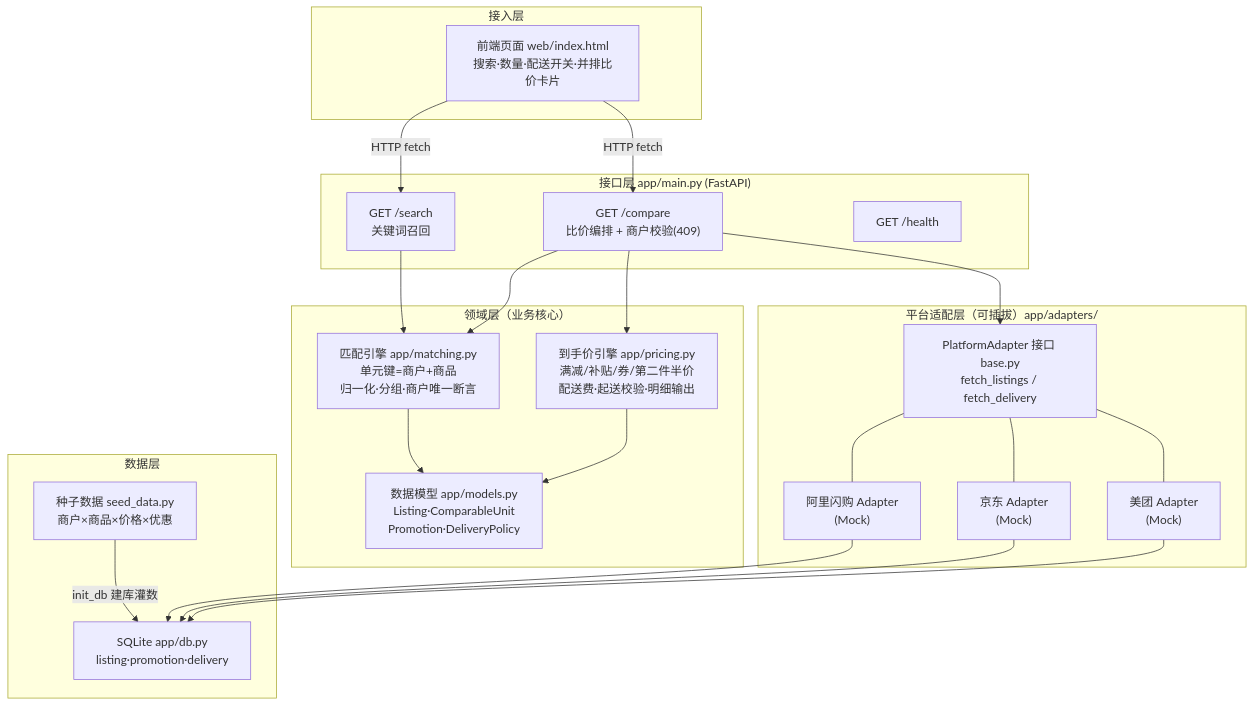
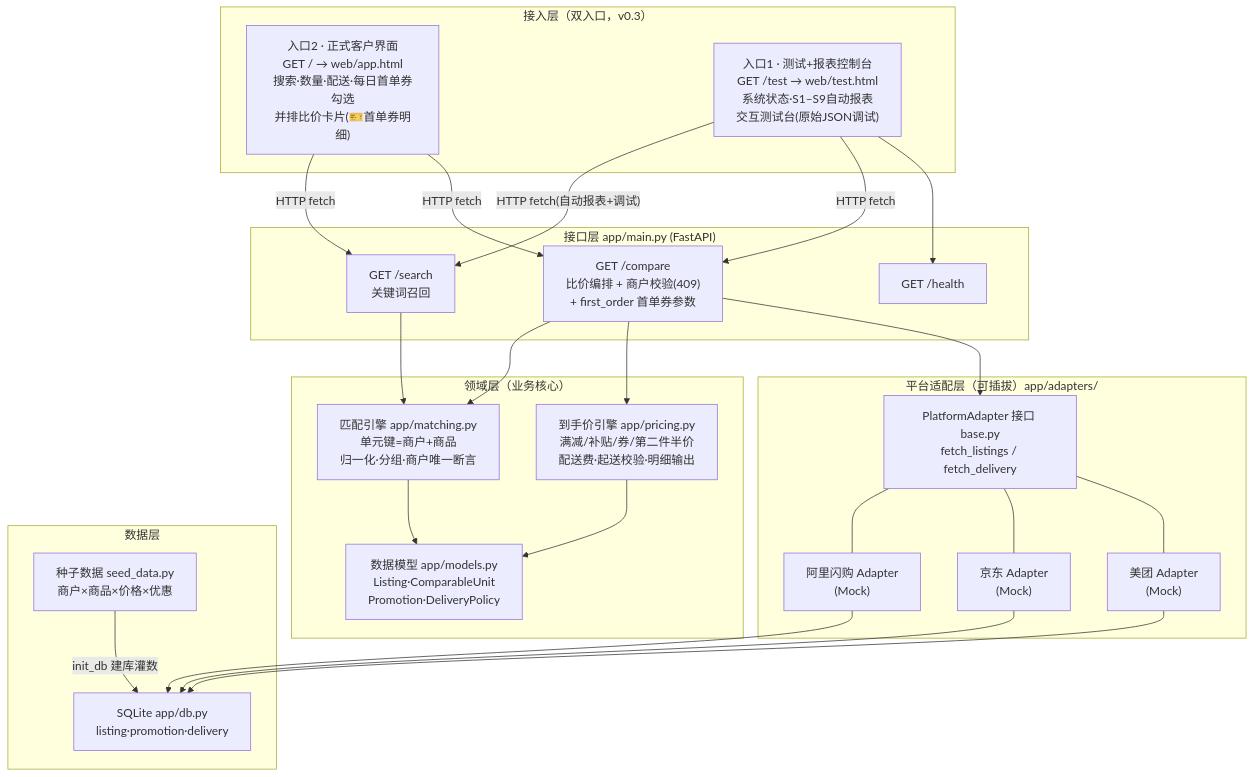
Before and after one commit to allenblade21/testrepo: the diagram in beverage-price-comparison/docs/设计文档.md, drawn with Mermaid. The commit also changed other lines of this file and 9 other files, not shown here.

````diff
--- a/beverage-price-comparison/docs/设计文档.md
+++ b/beverage-price-comparison/docs/设计文档.md
@@ -65,42 +86,46 @@
 ```mermaid
 flowchart TB
-    subgraph 接入层
-        UI["前端页面 web/index.html<br/>搜索·数量·配送开关·并排比价卡片"]
+    subgraph 接入层["接入层（双入口，v0.3）"]
+        UI["入口2 · 正式客户界面<br/>GET / → web/app.html<br/>搜索·数量·配送·每日首单券勾选<br/>并排比价卡片(🎫首单券明细)"]
+        TEST["入口1 · 测试+报表控制台<br/>GET /test → web/test.html<br/>系统状态·S1–S9自动报表<br/>交互测试台(原始JSON调试)"]
     end
 
     subgraph 接口层["接口层 app/main.py (FastAPI)"]
         SEARCH["GET /search<br/>关键词召回"]
-        COMPARE["GET /compare<br/>比价编排 + 商户校验(409)"]
+        COMPARE["GET /compare<br/>比价编排 + 商户校验(409)<br/>+ first_order 首单券参数"]
         HEALTH["GET /health"]
     end
 
     subgraph 领域层["领域层（业务核心）"]
         MATCH["匹配引擎 app/matching.py<br/>单元键=商户+商品<br/>归一化·分组·商户唯一断言"]
         PRICE["到手价引擎 app/pricing.py<br/>满减/补贴/券/第二件半价<br/>配送费·起送校验·明细输出"]
         MODEL["数据模型 app/models.py<br/>Listing·ComparableUnit<br/>Promotion·DeliveryPolicy"]
     end
 
     subgraph 适配层["平台适配层（可插拔）app/adapters/"]
         BASE["PlatformAdapter 接口 base.py<br/>fetch_listings / fetch_delivery"]
         ALI["阿里闪购 Adapter<br/>(Mock)"]
         JD["京东 Adapter<br/>(Mock)"]
         MT["美团 Adapter<br/>(Mock)"]
     end
 
     subgraph 数据层
         DB["SQLite app/db.py<br/>listing·promotion·delivery"]
         SEED["种子数据 seed_data.py<br/>商户×商品×价格×优惠"]
     end
 
     UI -->|"HTTP fetch"| SEARCH
     UI -->|"HTTP fetch"| COMPARE
+    TEST -->|"HTTP fetch(自动报表+调试)"| SEARCH
+    TEST -->|"HTTP fetch"| COMPARE
+    TEST --> HEALTH
     SEARCH --> MATCH
     COMPARE --> MATCH
     COMPARE --> PRICE
     MATCH --> MODEL
     PRICE --> MODEL
     COMPARE --> BASE
     BASE --- ALI & JD & MT
     ALI & JD & MT --> DB
     SEED -->|"init_db 建库灌数"| DB
 ```
````
